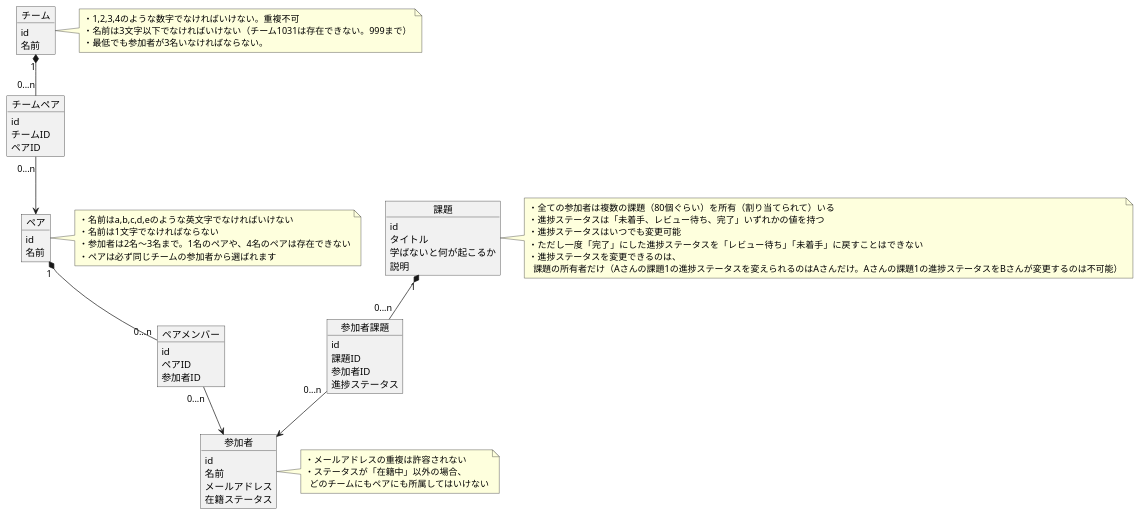
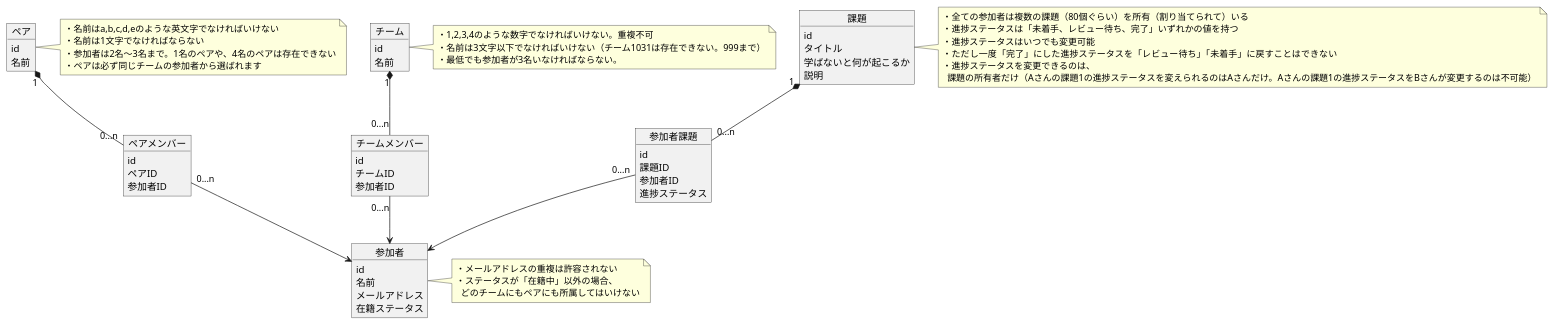
The diagram in modeling/model.md (kai815/praha-challenge-extra-large-task), drawn with PlantUML before and after one commit.

Commit message:
チームと参加者が紐づくようにモデリング変更

```diff
--- a/modeling/model.md
+++ b/modeling/model.md
@@ -45,14 +45,14 @@
 ・最低でも参加者が3名いなければならない。
 end note
 
-object チームペア {
+object チームメンバー {
   id
   チームID
-  ペアID
+  参加者ID
 }
 
-チーム "1" *-- "0...n" チームペア
-チームペア "0...n" --> ペア
+チーム "1" *-- "0...n" チームメンバー
+チームメンバー "0...n" --> 参加者
 
 
 object 課題 {
```
